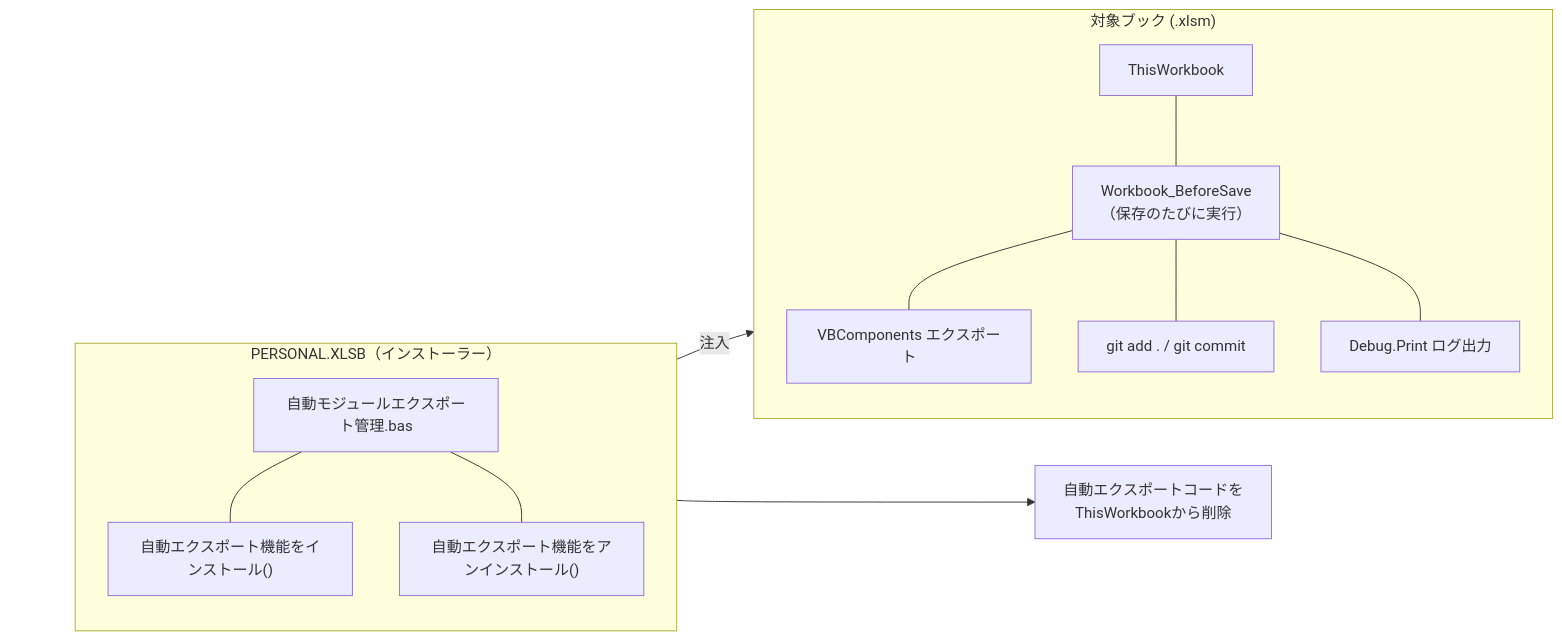
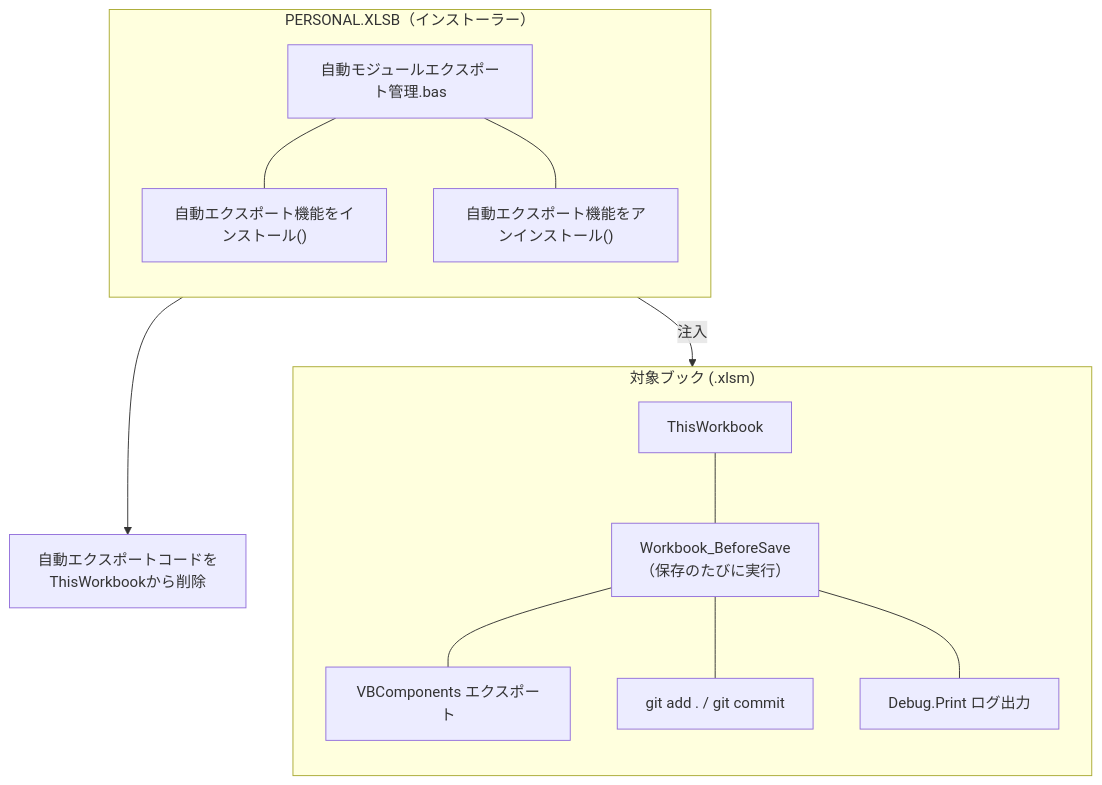
The diagram in 04_vba_git_automation.md (aki0178/business-system-design-portfolio), drawn with Mermaid before and after one commit.

````diff
--- a/04_vba_git_automation.md
+++ b/04_vba_git_automation.md
@@ -43,36 +43,29 @@
 ```mermaid
-flowchart LR
-    START([" "]):::spacer
-
+flowchart TD
     subgraph P["PERSONAL.XLSB（インストーラー）"]
         direction TB
         P1["自動モジュールエクスポート管理.bas"]
         P2["自動エクスポート機能をインストール()"]
         P3["自動エクスポート機能をアンインストール()"]
         P1 --- P2
         P1 --- P3
     end
 
-    subgraph T["対象ブック (.xlsm)"]
+    subgraph T["対象ブック (.xlsm)　　　　"]
         direction TB
         T1["ThisWorkbook"]
         T2["Workbook_BeforeSave<br/>（保存のたびに実行）"]
         T3["VBComponents エクスポート"]
         T4["git add . / git commit"]
         T5["Debug.Print ログ出力"]
         T1 --- T2
         T2 --- T3
         T2 --- T4
         T2 --- T5
     end
 
     D["自動エクスポートコードを<br/>ThisWorkbookから削除"]
 
-    START ~~~ P
-    START ~~~ T
-
     P2 -->|"注入"| T1
     P3 --> D
-
-    classDef spacer fill:transparent,stroke:transparent,color:transparent;
 ```
````
